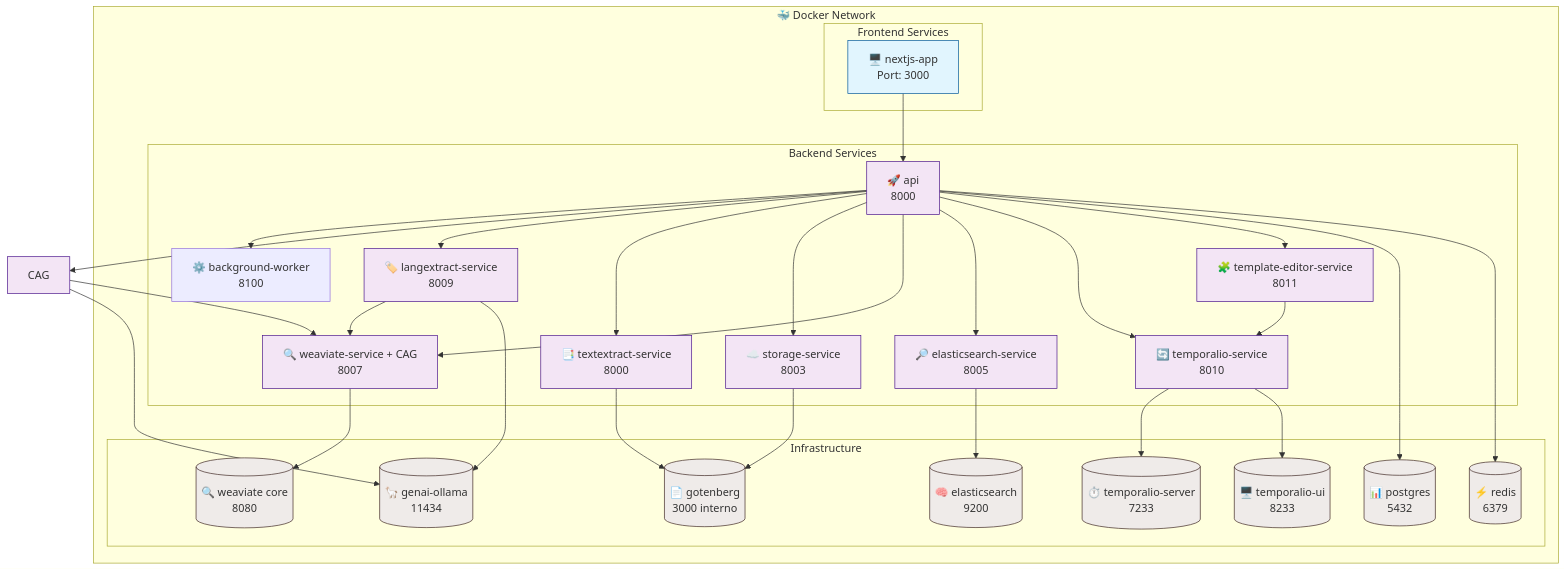
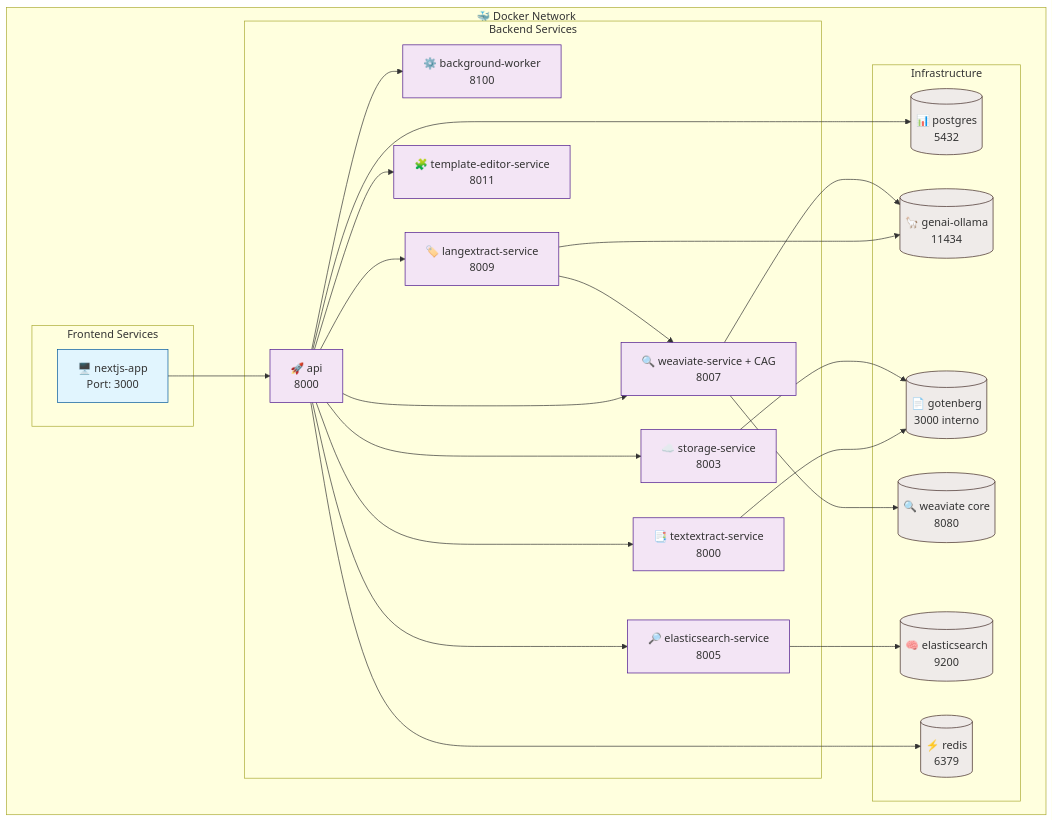
Before and after one commit to horelvis/nexus-documents-ia: the fifth of 5 diagrams in README.md, drawn with Mermaid. The commit also changed other lines of this file and 67 other files, not shown here.

````diff
--- a/README.md
+++ b/README.md
@@ -490,67 +465,58 @@
 ```mermaid
 graph TB
     subgraph "🐳 Docker Network"
         subgraph "Frontend Services"
             NextJS[🖥️ nextjs-app<br/>Port: 3000]
         end
 
         subgraph "Backend Services"
             API[🚀 api<br/>8000]
             LangExtract[🏷️ langextract-service<br/>8009]
             TextExtract[📑 textextract-service<br/>8000]
             Storage[☁️ storage-service<br/>8003]
             WeaviateSvc[🔍 weaviate-service + CAG<br/>8007]
             ElasticSvc[🔎 elasticsearch-service<br/>8005]
-            TemporalSvc[🔄 temporalio-service<br/>8010]
             TemplateSvc[🧩 template-editor-service<br/>8011]
             BackgroundWorker[⚙️ background-worker<br/>8100]
         end
 
         subgraph "Infrastructure"
             Postgres[(📊 postgres<br/>5432)]
             Redis[(⚡ redis<br/>6379)]
             Weaviate[(🔍 weaviate core<br/>8080)]
             Elasticsearch[(🧠 elasticsearch<br/>9200)]
-            TemporalServer[(⏱️ temporalio-server<br/>7233)]
-            TemporalUI[(🖥️ temporalio-ui<br/>8233)]
             Gotenberg[(📄 gotenberg<br/>3000 interno)]
             Ollama[(🦙 genai-ollama<br/>11434)]
         end
     end
 
     NextJS --> API
     API --> BackgroundWorker
 
-    API --> CAG
     API --> LangExtract
     API --> TextExtract
     API --> Storage
     API --> WeaviateSvc
     API --> ElasticSvc
-    API --> TemporalSvc
     API --> TemplateSvc
 
-    CAG --> WeaviateSvc
     LangExtract --> WeaviateSvc
-    CAG --> Ollama
     LangExtract --> Ollama
+    WeaviateSvc --> Ollama
     TextExtract --> Gotenberg
 
     WeaviateSvc --> Weaviate
     ElasticSvc --> Elasticsearch
     Storage --> Gotenberg
-    TemporalSvc --> TemporalServer
-    TemporalSvc --> TemporalUI
-    TemplateSvc --> TemporalSvc
 
     API --> Postgres
     API --> Redis
 
     classDef frontend fill:#e1f5fe,stroke:#01579b
     classDef backend fill:#f3e5f5,stroke:#4a148c
     classDef infra fill:#efebe9,stroke:#3e2723
 
     class NextJS frontend
-    class API,CAG,LangExtract,TextExtract,Storage,WeaviateSvc,ElasticSvc,TemporalSvc,TemplateSvc backend
-    class Postgres,Redis,Weaviate,Elasticsearch,TemporalServer,TemporalUI,Gotenberg,Ollama infra
+    class API,LangExtract,TextExtract,Storage,WeaviateSvc,ElasticSvc,TemplateSvc,BackgroundWorker backend
+    class Postgres,Redis,Weaviate,Elasticsearch,Gotenberg,Ollama infra
 ```
````
